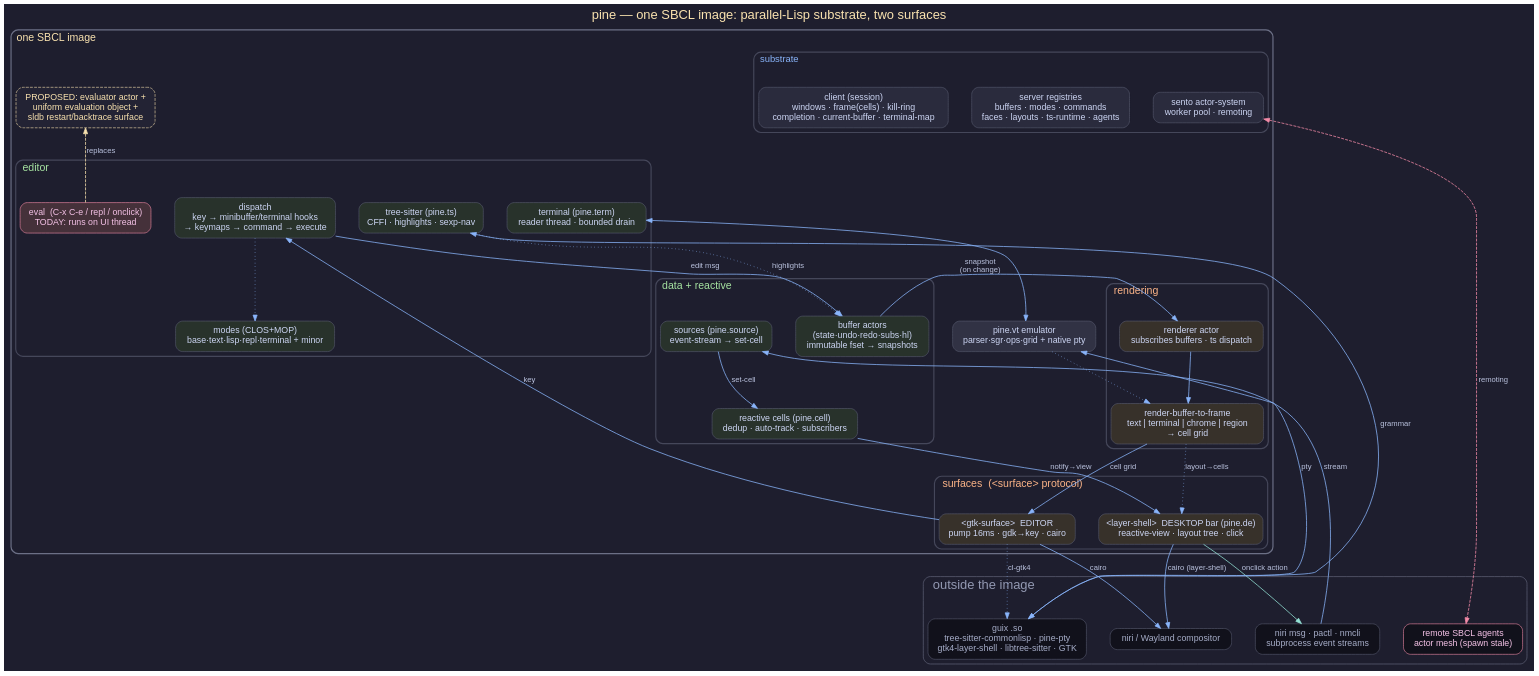
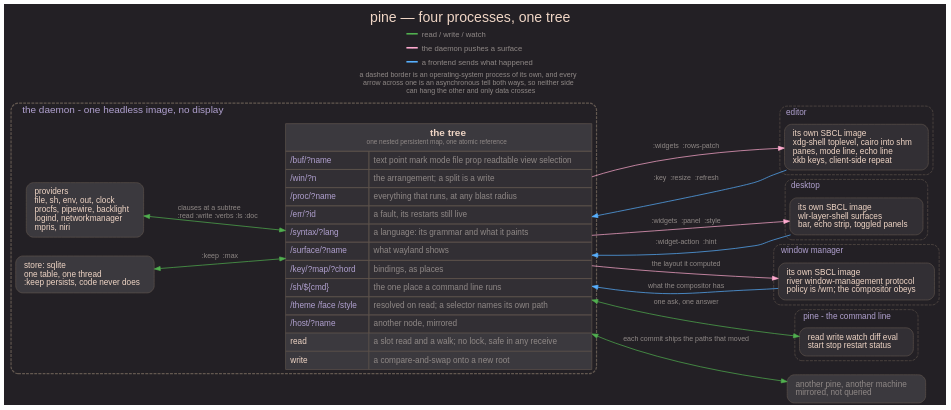
One commit to bretfh/pine changed the diagram in doc/architecture.dot. Above: the diagram before and after it, drawn with Graphviz. The commit also changed 18 other files, not shown here.

```diff
--- a/doc/architecture.dot
+++ b/doc/architecture.dot
@@ -1,89 +1,111 @@
+// The shape of a running pine. Four operating-system processes and one data
+// structure. Everything that decides anything is in the daemon; every frontend
+// is a painter that is told what to paint.
+//
+// Generated with `make docs'. Colours are pine's own shipped theme, ef-dream.
+
 digraph pine {
-  rankdir=TB; splines=true; concentrate=false;
-  graph [fontname="sans-serif", fontsize=22, ranksep=0.9, nodesep=0.55,
-         compound=true, bgcolor="#1e1e2e", labelloc=t, fontcolor="#f9e2af",
-         label="pine — one SBCL image: parallel-Lisp substrate, two surfaces"];
-  node  [fontname="sans-serif", fontsize=15, shape=box, style="rounded,filled",
-         color="#585b70", fontcolor="#cdd6f4", fillcolor="#313244", margin="0.2,0.12"];
-  edge  [fontname="sans-serif", fontsize=13, color="#89b4fa", fontcolor="#bac2de", penwidth=1.3];
+  rankdir=LR; splines=spline; compound=true; newrank=true;
+  graph [fontname="sans-serif", fontsize=22, ranksep=1.1, nodesep=0.45,
+         bgcolor="#232025", labelloc=t, fontcolor="#efd5c5",
+         label=<<table border="0" cellborder="0" cellspacing="0" cellpadding="3">
+           <tr><td colspan="2"><font point-size="24" color="#efd5c5">pine &#8212; four processes, one tree</font></td></tr>
+           <tr><td align="right"><font color="#51b04f" point-size="16">&#9473;&#9473;</font></td>
+               <td align="left"><font color="#8f8886" point-size="13">read / write / watch</font></td></tr>
+           <tr><td align="right"><font color="#ffaacf" point-size="16">&#9473;&#9473;</font></td>
+               <td align="left"><font color="#8f8886" point-size="13">the daemon pushes a surface</font></td></tr>
+           <tr><td align="right"><font color="#57b0ff" point-size="16">&#9473;&#9473;</font></td>
+               <td align="left"><font color="#8f8886" point-size="13">a frontend sends what happened</font></td></tr>
+           <tr><td colspan="2"><font color="#8f8886" point-size="12">a dashed border is an operating-system process of its own, and every<br/>arrow across one is an asynchronous tell both ways, so neither side<br/>can hang the other and only data crosses</font></td></tr>
+         </table>>];
+  node  [fontname="sans-serif", fontsize=14, shape=box, style="rounded,filled",
+         color="#635850", fontcolor="#efd5c5", fillcolor="#322f34",
+         margin="0.20,0.12"];
+  edge  [fontname="sans-serif", fontsize=12, color="#8f8886",
+         fontcolor="#8f8886", penwidth=1.2];
 
-  subgraph cluster_image {
-    label="one SBCL image"; labeljust=l; fontsize=18; fontcolor="#f9e2af"; color="#6c7086"; style="rounded"; penwidth=2;
+  subgraph cluster_daemon {
+    label="the daemon - one headless image, no display";
+    labeljust=l; fontsize=17; fontcolor="#b0a0cf";
+    color="#635850"; style="rounded,dashed"; penwidth=2;
 
-    subgraph cluster_sub {
-      label="substrate"; fontsize=16; fontcolor="#89b4fa"; color="#45475a"; style="rounded";
-      sys  [label="sento actor-system\nworker pool · remoting", fillcolor="#2a2b3d"];
-      regs [label="server registries\nbuffers · modes · commands\nfaces · layouts · ts-runtime · agents", fillcolor="#2a2b3d"];
-      cli  [label="client (session)\nwindows · frame(cells) · kill-ring\ncompletion · current-buffer · terminal-map", fillcolor="#2a2b3d"];
-    }
+    prov [label="providers\lfile, sh, env, out, clock\lprocfs, pipewire, backlight\llogind, networkmanager\lmpris, niri\l",
+          fillcolor="#3b393e"];
+    store [label="store: sqlite\lone table, one thread\l:keep persists, code never does\l",
+           fillcolor="#3b393e"];
 
-    subgraph cluster_data {
-      label="data + reactive"; fontcolor="#a6e3a1"; color="#45475a"; style="rounded";
-      buf  [label="buffer actors\n(state·undo·redo·subs·hl)\nimmutable fset → snapshots", fillcolor="#28322b"];
-      cell [label="reactive cells (pine.cell)\ndedup · auto-track · subscribers", fillcolor="#28322b"];
-      src  [label="sources (pine.source)\nevent-stream → set-cell", fillcolor="#28322b"];
-    }
+    tree [shape=none, margin=0, label=<
+      <table border="0" cellborder="1" cellspacing="0" cellpadding="7"
+             bgcolor="#322f34" color="#635850">
+        <tr><td bgcolor="#3b393e" colspan="2">
+          <font color="#efd5c5" point-size="17"><b>the tree</b></font><br/>
+          <font color="#8f8886" point-size="11">one nested persistent map, one atomic reference</font>
+        </td></tr>
+        <tr><td align="left"><font color="#b0a0cf">/buf/?name</font></td>
+            <td align="left"><font color="#8f8886">text point mark mode file prop readtable view selection</font></td></tr>
+        <tr><td align="left"><font color="#b0a0cf">/win/?n</font></td>
+            <td align="left"><font color="#8f8886">the arrangement; a split is a write</font></td></tr>
+        <tr><td align="left"><font color="#b0a0cf">/proc/?name</font></td>
+            <td align="left"><font color="#8f8886">everything that runs, at any blast radius</font></td></tr>
+        <tr><td align="left"><font color="#b0a0cf">/err/?id</font></td>
+            <td align="left"><font color="#8f8886">a fault, its restarts still live</font></td></tr>
+        <tr><td align="left"><font color="#b0a0cf">/syntax/?lang</font></td>
+            <td align="left"><font color="#8f8886">a language: its grammar and what it paints</font></td></tr>
+        <tr><td align="left"><font color="#b0a0cf">/surface/?name</font></td>
+            <td align="left"><font color="#8f8886">what wayland shows</font></td></tr>
+        <tr><td align="left"><font color="#b0a0cf">/key/?map/?chord</font></td>
+            <td align="left"><font color="#8f8886">bindings, as places</font></td></tr>
+        <tr><td align="left"><font color="#b0a0cf">/sh/${cmd}</font></td>
+            <td align="left"><font color="#8f8886">the one place a command line runs</font></td></tr>
+        <tr><td align="left"><font color="#b0a0cf">/theme /face /style</font></td>
+            <td align="left"><font color="#8f8886">resolved on read; a selector names its own path</font></td></tr>
+        <tr><td align="left"><font color="#b0a0cf">/host/?name</font></td>
+            <td align="left"><font color="#8f8886">another node, mirrored</font></td></tr>
+        <tr><td bgcolor="#3b393e" align="left"><font color="#efd5c5">read</font></td>
+            <td bgcolor="#3b393e" align="left"><font color="#8f8886">a slot read and a walk; no lock, safe in any receive</font></td></tr>
+        <tr><td bgcolor="#3b393e" align="left"><font color="#efd5c5">write</font></td>
+            <td bgcolor="#3b393e" align="left"><font color="#8f8886">a compare-and-swap onto a new root</font></td></tr>
+      </table>>];
 
-    subgraph cluster_editor {
-      label="editor"; fontcolor="#a6e3a1"; color="#45475a"; style="rounded";
-      disp [label="dispatch\nkey → minibuffer/terminal hooks\n→ keymaps → command → execute", fillcolor="#28322b"];
-      mode [label="modes (CLOS+MOP)\nbase·text·lisp·repl·terminal + minor", fillcolor="#28322b"];
-      tsx  [label="tree-sitter (pine.ts)\nCFFI · highlights · sexp-nav", fillcolor="#28322b"];
-      trm  [label="terminal (pine.term)\nreader thread · bounded drain", fillcolor="#28322b"];
-      evl  [label="eval  (C-x C-e / repl / onclick)\nTODAY: runs on UI thread", fillcolor="#45313a", color="#f38ba8", fontcolor="#f5c2e7"];
-    }
-
-    subgraph cluster_render {
-      label="rendering"; fontcolor="#fab387"; color="#45475a"; style="rounded";
-      rnd  [label="renderer actor\nsubscribes buffers · ts dispatch", fillcolor="#37312a"];
-      frm  [label="render-buffer-to-frame\ntext | terminal | chrome | region\n→ cell grid", fillcolor="#37312a"];
-    }
-
-    subgraph cluster_surf {
-      label="surfaces  (<surface> protocol)"; fontcolor="#fab387"; color="#45475a"; style="rounded";
-      gtk  [label="<gtk-surface>  EDITOR\npump 16ms · gdk→key · cairo", fillcolor="#37312a"];
-      bar  [label="<layer-shell>  DESKTOP bar (pine.de)\nreactive-view · layout tree · click", fillcolor="#37312a"];
-    }
-
-    vt   [label="pine.vt emulator\nparser·sgr·ops·grid + native pty", fillcolor="#313244"];
-    prop [label="PROPOSED: evaluator actor +\nuniform evaluation object +\nsldb restart/backtrace surface",
-          style="rounded,filled,dashed", fillcolor="#232334", color="#f9e2af", fontcolor="#f9e2af"];
+    prov  -> tree [dir=both, color="#51b04f", fontcolor="#8f8886",
+                   label="clauses at a subtree\l:read :write :verbs :ls :doc\l"];
+    store -> tree [dir=both, color="#51b04f", label=":keep  :max"];
+    { rank=same; prov; store; }
   }
 
-  subgraph cluster_out {
-    label="outside the image"; labeljust=l; fontcolor="#9399b2"; color="#6c7086"; style="rounded";
-    way  [label="niri / Wayland compositor", fillcolor="#11111b", fontcolor="#a6adc8"];
-    proc [label="niri msg · pactl · nmcli\nsubprocess event streams", fillcolor="#11111b", fontcolor="#a6adc8"];
-    lib  [label="guix .so\ntree-sitter-commonlisp · pine-pty\ngtk4-layer-shell · libtree-sitter · GTK", fillcolor="#11111b", fontcolor="#a6adc8"];
-    agt  [label="remote SBCL agents\nactor mesh (spawn stale)", fillcolor="#11111b", fontcolor="#f5c2e7", color="#f38ba8"];
+  subgraph cluster_editor {
+    label="editor"; labeljust=l; fontsize=14; fontcolor="#b0a0cf";
+    color="#635850"; style="rounded,dashed";
+    ed [label="its own SBCL image\lxdg-shell toplevel, cairo into shm\lpanes, mode line, echo line\lxkb keys, client-side repeat\l"];
+  }
+  subgraph cluster_desktop {
+    label="desktop"; labeljust=l; fontsize=14; fontcolor="#b0a0cf";
+    color="#635850"; style="rounded,dashed";
+    de [label="its own SBCL image\lwlr-layer-shell surfaces\lbar, echo strip, toggled panels\l"];
+  }
+  subgraph cluster_wm {
+    label="window manager"; labeljust=l; fontsize=14; fontcolor="#b0a0cf";
+    color="#635850"; style="rounded,dashed";
+    wm [label="its own SBCL image\lriver window-management protocol\lpolicy is /wm; the compositor obeys\l"];
+  }
+  subgraph cluster_cli {
+    label="pine - the command line"; labeljust=l; fontsize=14;
+    fontcolor="#b0a0cf"; color="#635850"; style="rounded,dashed";
+    cli [label="read write watch diff eval\lstart stop restart status\l"];
   }
 
-  // editor flow
-  gtk  -> disp [label="key"];
-  disp -> mode [style=dotted];
-  disp -> buf  [label="edit msg"];
-  buf  -> rnd  [label="snapshot\n(on change)"];
-  rnd  -> frm;
-  frm  -> gtk  [label="cell grid"];
-  gtk  -> way  [label="cairo"];
+  tree -> ed [color="#ffaacf", label="  :widgets  :rows-patch"];
+  ed -> tree [color="#57b0ff", label="  :key  :resize  :refresh"];
+  tree -> de [color="#ffaacf", label="  :widgets  :panel  :style"];
+  de -> tree [color="#57b0ff", label="  :widget-action  :hint"];
+  tree -> wm [color="#ffaacf", label="  the layout it computed"];
+  wm -> tree [color="#57b0ff", label="  what the compositor has"];
+  tree -> cli [dir=both, color="#51b04f", label="  one ask, one answer"];
 
-  // reactive / desktop flow
-  proc -> src  [label="stream"];
-  src  -> cell [label="set-cell"];
-  cell -> bar  [label="notify→view"];
-  frm  -> bar  [style=dotted, label="layout→cells"];
-  bar  -> way  [label="cairo (layer-shell)"];
-  bar  -> proc [label="onclick action", constraint=false, color="#94e2d5"];
+  node2 [label="another pine, another machine\lmirrored, not queried\l",
+         fillcolor="#3b393e", fontcolor="#8f8886"];
+  tree -> node2 [dir=both, color="#51b04f",
+                 label="  each commit ships the paths that moved"];
 
-  // terminal + ts
-  trm  -> vt   [dir=both];
-  vt   -> frm  [style=dotted];
-  vt   -> lib  [label="pty", dir=both, constraint=false];
-  tsx  -> lib  [label="grammar", dir=both, constraint=false];
-  tsx  -> buf  [style=dotted, label="highlights"];
 
-  // remoting + eval
-  sys  -> agt  [label="remoting", style=dashed, dir=both, color="#f38ba8"];
-  prop -> evl  [label="replaces", style=dashed, dir=back, color="#f9e2af"];
-  gtk  -> lib  [style=dotted, label="cl-gtk4"];
 }
```
